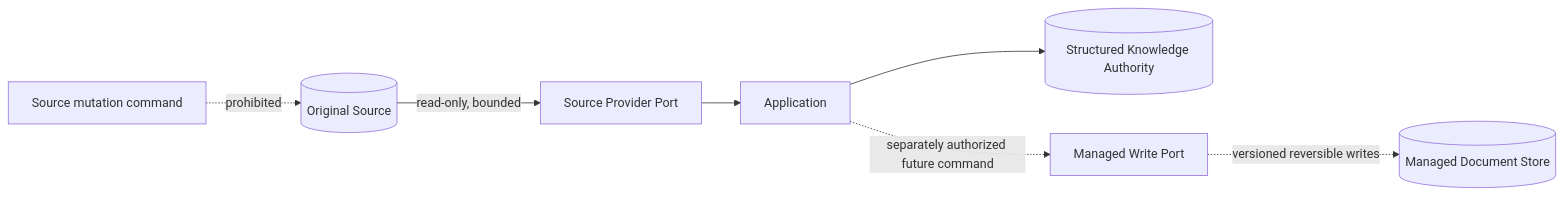
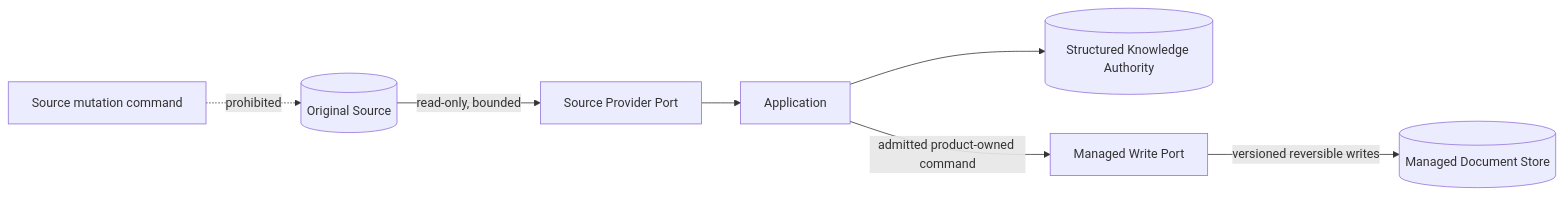
One commit to RMF112018/my-pa changed the third of 3 diagrams in docs/architecture/system-context.md. Above: the diagram before and after it, drawn with Mermaid. The commit also changed other lines of this file and 35 other files, not shown here.

````diff
--- a/docs/architecture/system-context.md
+++ b/docs/architecture/system-context.md
@@ -266,11 +307,11 @@
 ```mermaid
 flowchart LR
     SRC[(Original Source)] -->|read-only, bounded| SP[Source Provider Port]
     SP --> APP[Application]
     APP --> DB[(Structured Knowledge Authority)]
-    APP -. separately authorized future command .-> MWP[Managed Write Port]
-    MWP -. versioned reversible writes .-> MDS[(Managed Document Store)]
+    APP -->|admitted product-owned command| MWP[Managed Write Port]
+    MWP -->|versioned reversible writes| MDS[(Managed Document Store)]
 
 
     X[Source mutation command] -. prohibited .-> SRC
 ```
````
